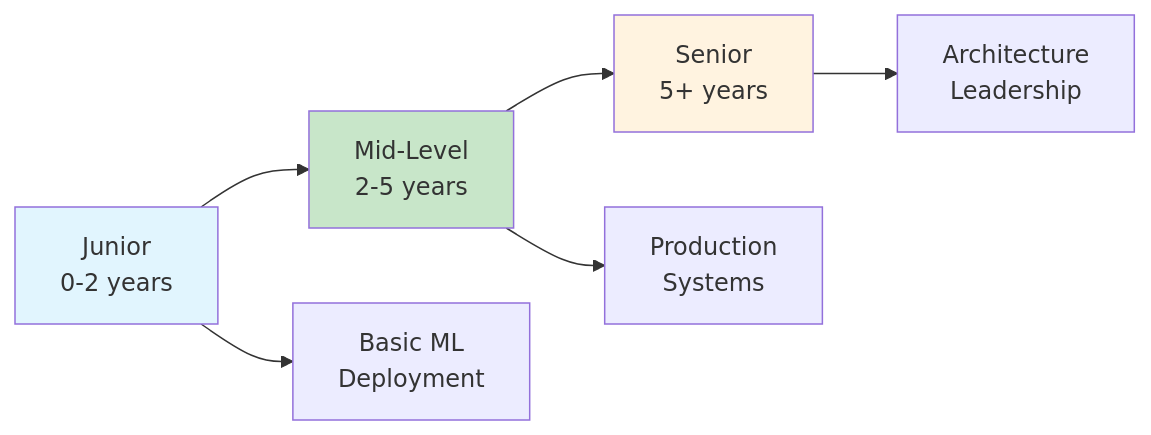
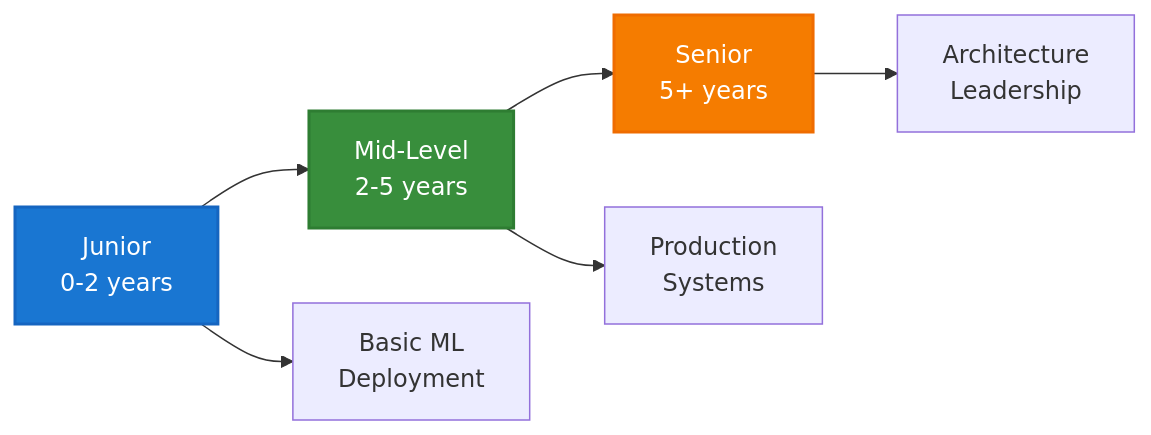
Before and after one commit to khaosans/articles: the second of 2 diagrams in README.md, drawn with Mermaid. The commit also changed other lines of this file and 5 other files, not shown here.

First line of the commit message:
docs: improve Mermaid diagram readability and clean up footer text

````diff
--- a/README.md
+++ b/README.md
@@ -124,13 +124,13 @@
 ```mermaid
 flowchart LR
     A[Junior<br/>0-2 years] --> B[Mid-Level<br/>2-5 years]
     B --> C[Senior<br/>5+ years]
     
     A --> D[Basic ML<br/>Deployment]
     B --> E[Production<br/>Systems]
     C --> F[Architecture<br/>Leadership]
     
-    style A fill:#e1f5fe
-    style B fill:#c8e6c9
-    style C fill:#fff3e0
+    style A fill:#1976d2,stroke:#1565c0,stroke-width:2px,color:#ffffff
+    style B fill:#388e3c,stroke:#2e7d32,stroke-width:2px,color:#ffffff
+    style C fill:#f57c00,stroke:#ef6c00,stroke-width:2px,color:#ffffff
 ```
````
